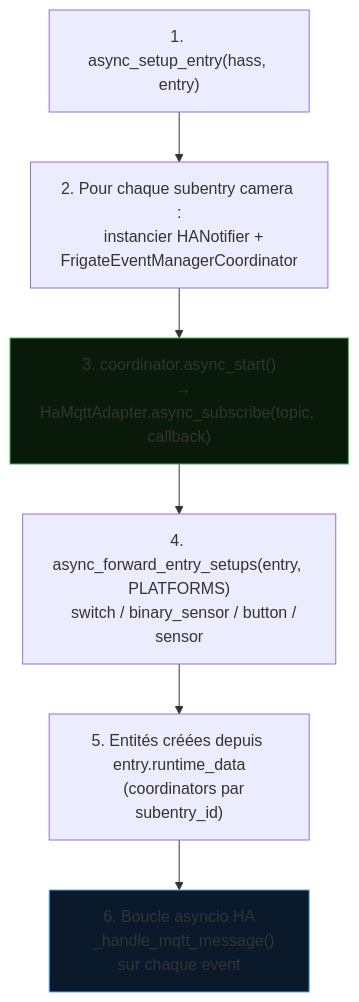
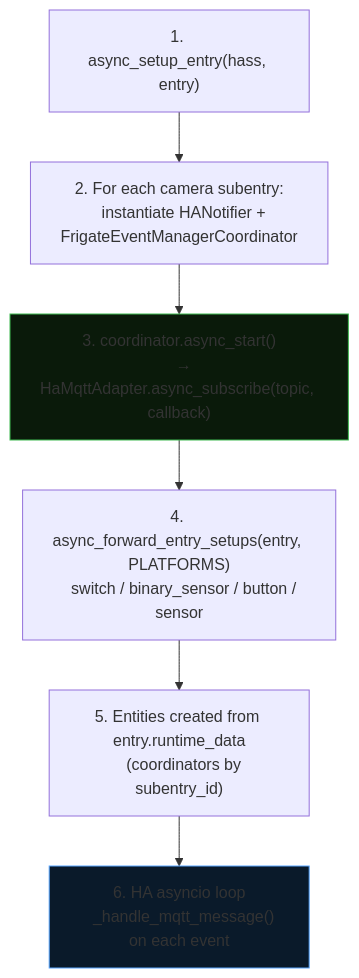
Before and after one commit to trowaflo/frigate-event-manager: the fourth of 4 diagrams in docs/architecture.md, drawn with Mermaid. The commit also changed other lines of this file, not shown here.

Commit message:
docs: translate architecture.md to english

````diff
--- a/docs/architecture.md
+++ b/docs/architecture.md
@@ -217,14 +217,14 @@
 ```mermaid
 graph TD
     S1["1. async_setup_entry(hass, entry)"]
-    S2["2. Pour chaque subentry camera :\n   instancier HANotifier + FrigateEventManagerCoordinator"]
+    S2["2. For each camera subentry:\n   instantiate HANotifier + FrigateEventManagerCoordinator"]
     S3["3. coordinator.async_start()\n   → HaMqttAdapter.async_subscribe(topic, callback)"]
     S4["4. async_forward_entry_setups(entry, PLATFORMS)\n   switch / binary_sensor / button / sensor"]
-    S5["5. Entités créées depuis entry.runtime_data\n   (coordinators par subentry_id)"]
-    S6["6. Boucle asyncio HA\n   _handle_mqtt_message() sur chaque event"]
+    S5["5. Entities created from entry.runtime_data\n   (coordinators by subentry_id)"]
+    S6["6. HA asyncio loop\n   _handle_mqtt_message() on each event"]
 
     S1 --> S2 --> S3 --> S4 --> S5 --> S6
 
     style S3 fill:#0a1a0a,stroke:#3fb950
     style S6 fill:#0a1a2a,stroke:#58a6ff
 ```
````
